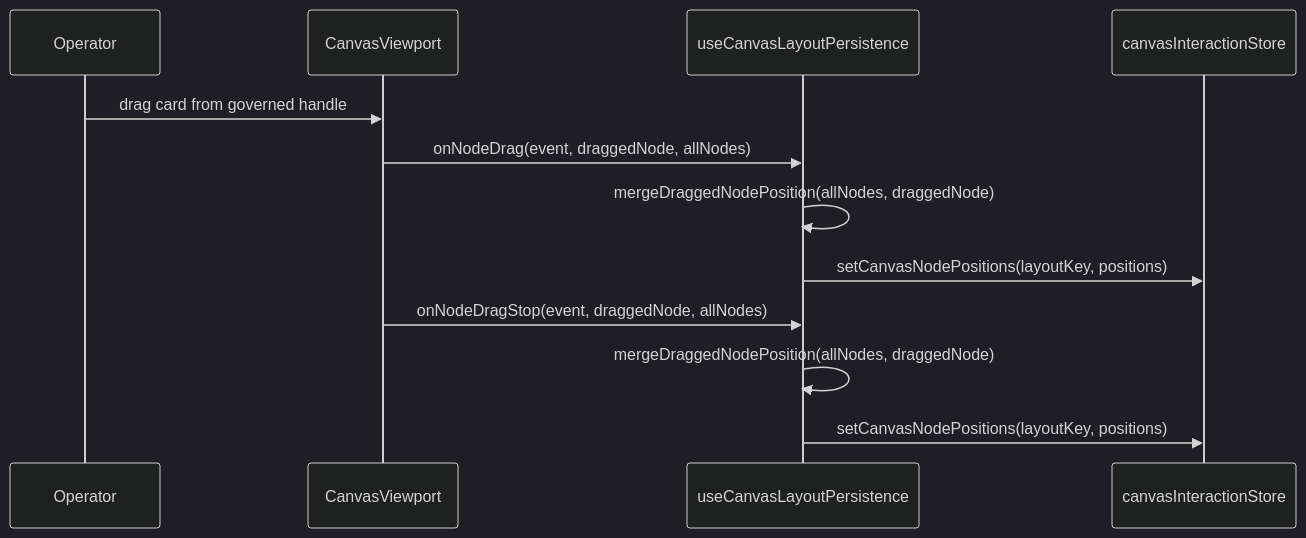
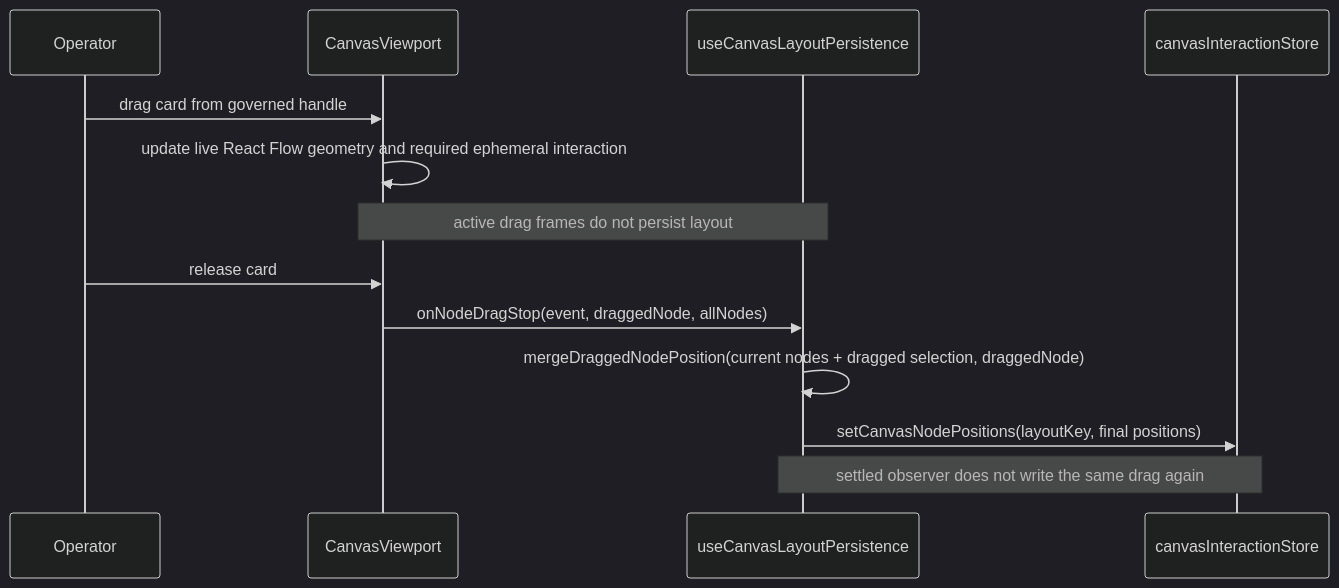
One commit to dunay2/dvt changed the first of 4 diagrams in docs/architecture/components/web/graph/canvas-layout-persistence-component.md. Above: the diagram before and after it, drawn with Mermaid (dark theme). The commit also changed other lines of this file and 7 other files, not shown here.

Commit message:
perf(web): Stop Canvas layout writes on drag frames (#2963) (#2966)

````diff
--- a/docs/architecture/components/web/graph/canvas-layout-persistence-component.md
+++ b/docs/architecture/components/web/graph/canvas-layout-persistence-component.md
@@ -123,15 +128,16 @@
 ```mermaid
 sequenceDiagram
   participant Operator
   participant Viewport as CanvasViewport
   participant Layout as useCanvasLayoutPersistence
   participant Store as canvasInteractionStore
 
   Operator->>Viewport: drag card from governed handle
-  Viewport->>Layout: onNodeDrag(event, draggedNode, allNodes)
-  Layout->>Layout: mergeDraggedNodePosition(allNodes, draggedNode)
-  Layout->>Store: setCanvasNodePositions(layoutKey, positions)
+  Viewport->>Viewport: update live React Flow geometry and required ephemeral interaction
+  Note over Viewport,Layout: active drag frames do not persist layout
+  Operator->>Viewport: release card
   Viewport->>Layout: onNodeDragStop(event, draggedNode, allNodes)
-  Layout->>Layout: mergeDraggedNodePosition(allNodes, draggedNode)
-  Layout->>Store: setCanvasNodePositions(layoutKey, positions)
+  Layout->>Layout: mergeDraggedNodePosition(current nodes + dragged selection, draggedNode)
+  Layout->>Store: setCanvasNodePositions(layoutKey, final positions)
+  Note over Layout,Store: settled observer does not write the same drag again
 ```
````
